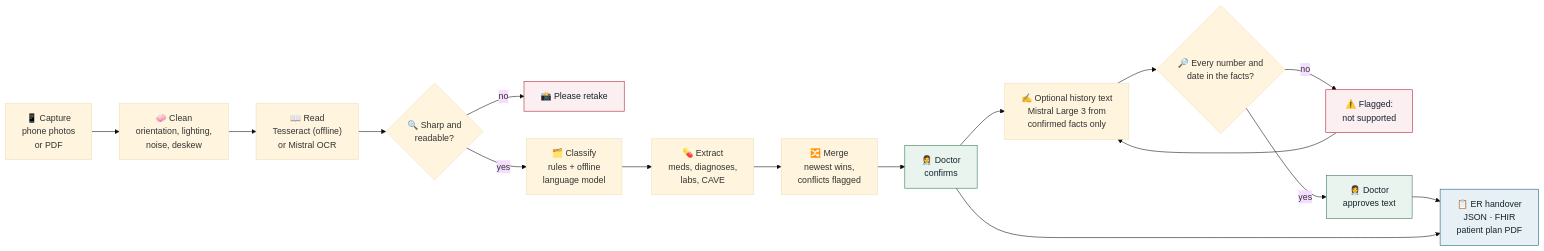
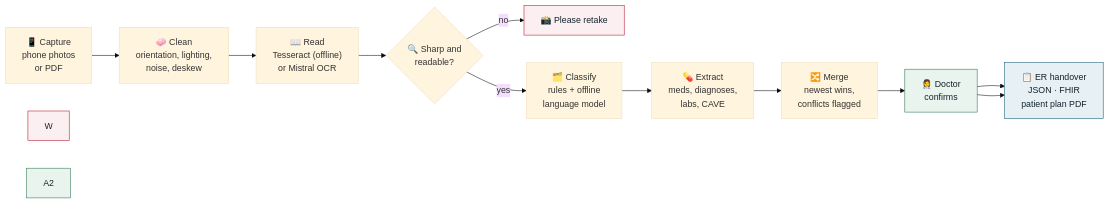
The diagram in README.md (uromi06/get_well_OCR), drawn with Mermaid (base theme) before and after one commit. The commit also changed other lines of this file and 4 other files, not shown here.

````diff
--- a/README.md
+++ b/README.md
@@ -47,24 +47,19 @@
 ```mermaid
 flowchart LR
     A["📱 Capture<br/>phone photos<br/>or PDF"] --> B["🧼 Clean<br/>orientation, lighting,<br/>noise, deskew"]
     B --> C["📖 Read<br/>Tesseract (offline)<br/>or Mistral OCR"]
     C --> Q{"🔍 Sharp and<br/>readable?"}
     Q -- "no" --> R["📸 Please retake"]
     Q -- "yes" --> D["🗂️ Classify<br/>rules + offline<br/>language model"]
     D --> E["💊 Extract<br/>meds, diagnoses,<br/>labs, CAVE"]
     E --> F["🔀 Merge<br/>newest wins,<br/>conflicts flagged"]
     F --> G["👩‍⚕️ Doctor<br/>confirms"]
-    G --> L["✍️ Optional history text<br/>Mistral Large 3 from<br/>confirmed facts only"]
-    L --> V{"🔎 Every number and<br/>date in the facts?"}
-    V -- "no" --> W["⚠️ Flagged:<br/>not supported"]
-    W --> L
-    V -- "yes" --> A2["👩‍⚕️ Doctor<br/>approves text"]
-    A2 --> H["📋 ER handover<br/>JSON · FHIR<br/>patient plan PDF"]
+    G --> H["📋 ER handover<br/>JSON · FHIR<br/>patient plan PDF"]
     G --> H
 
     style R fill:#FBEFF1,stroke:#B4182D,color:#14232E
     style W fill:#FBEFF1,stroke:#B4182D,color:#14232E
     style G fill:#EAF4EE,stroke:#2E7550,color:#14232E
     style A2 fill:#EAF4EE,stroke:#2E7550,color:#14232E
     style H fill:#E7F1F5,stroke:#0F5E7A,color:#14232E
 ```
````
